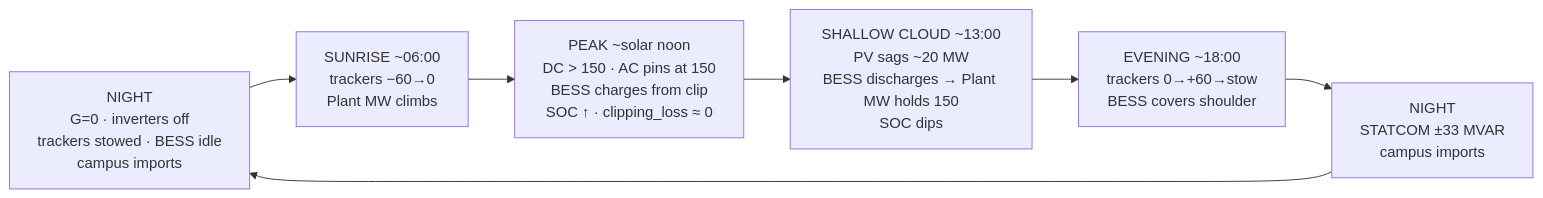
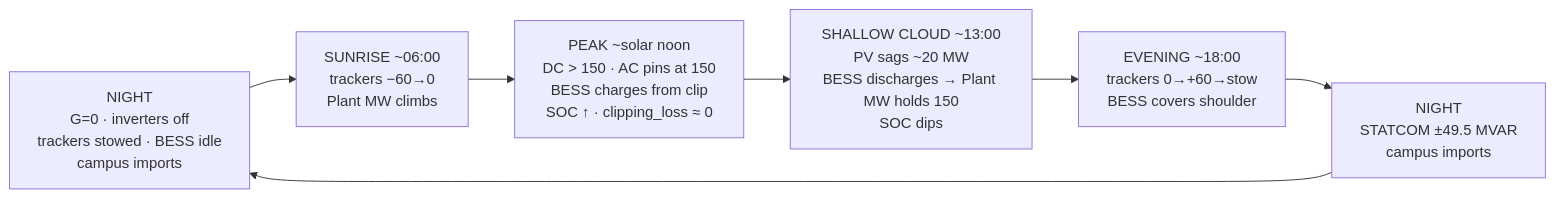
One commit to appletalk/volttron-fuxa-implementation changed the fourth of 4 diagrams in docs/POWERPLANT_DIAGRAM.md. Above: the diagram before and after it, drawn with Mermaid. The commit also changed other lines of this file and 14 other files, not shown here.

````diff
--- a/docs/POWERPLANT_DIAGRAM.md
+++ b/docs/POWERPLANT_DIAGRAM.md
@@ -105,11 +105,11 @@
 ```mermaid
 flowchart LR
     N1["NIGHT<br/>G=0 · inverters off<br/>trackers stowed · BESS idle<br/>campus imports"]
     SR["SUNRISE ~06:00<br/>trackers −60→0<br/>Plant MW climbs"]
     PK["PEAK ~solar noon<br/>DC > 150 · AC pins at 150<br/>BESS charges from clip<br/>SOC ↑ · clipping_loss ≈ 0"]
     CL["SHALLOW CLOUD ~13:00<br/>PV sags ~20 MW<br/>BESS discharges → Plant MW holds 150<br/>SOC dips"]
     EV["EVENING ~18:00<br/>trackers 0→+60→stow<br/>BESS covers shoulder"]
-    N2["NIGHT<br/>STATCOM ±33 MVAR<br/>campus imports"]
+    N2["NIGHT<br/>STATCOM ±49.5 MVAR<br/>campus imports"]
 
     N1 --> SR --> PK --> CL --> EV --> N2 --> N1
 ```
````
